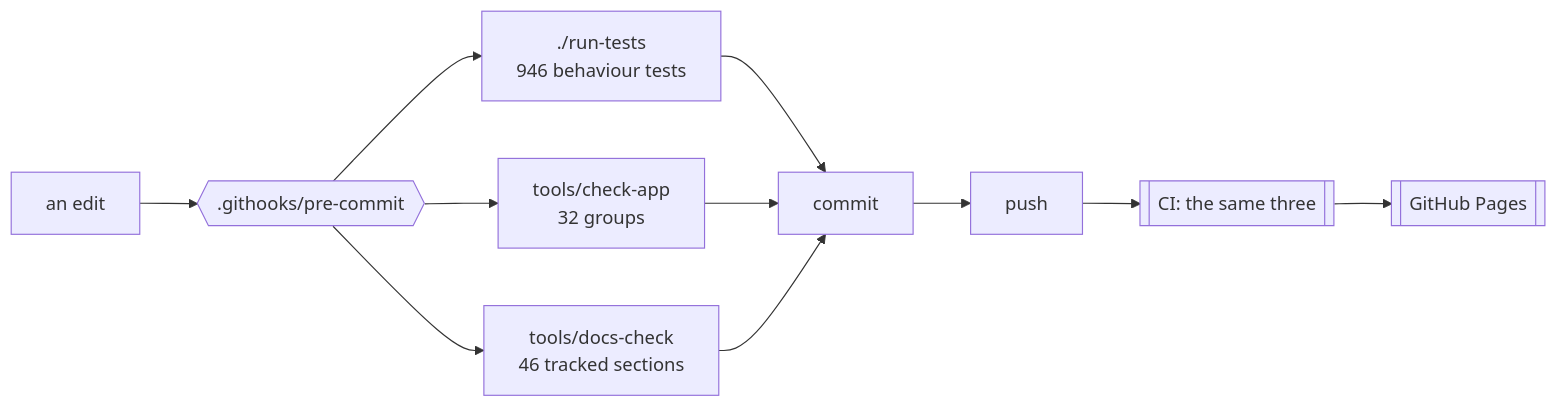
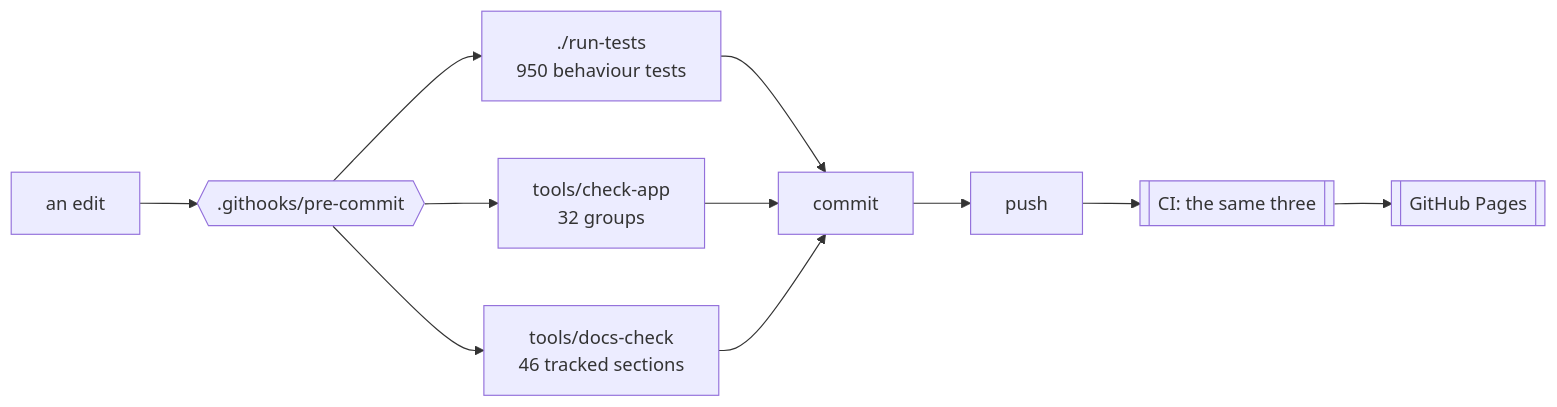
Before and after one commit to minormending/crystal-pilot-mobile: the first of 3 diagrams in docs/DEVELOPING.md, drawn with Mermaid. The commit also changed other lines of this file and 9 other files, not shown here.

````diff
--- a/docs/DEVELOPING.md
+++ b/docs/DEVELOPING.md
@@ -15,12 +15,12 @@
 ```mermaid
 flowchart LR
     E[an edit] --> H{{".githooks/pre-commit"}}
-    H --> T["./run-tests<br/>946 behaviour tests"]
+    H --> T["./run-tests<br/>950 behaviour tests"]
     H --> C["tools/check-app<br/>32 groups"]
     H --> D["tools/docs-check<br/>46 tracked sections"]
     T --> OK[commit]
     C --> OK
     D --> OK
     OK --> P[push] --> CI[["CI: the same three"]]
     CI --> PG[[GitHub Pages]]
 ```
````
